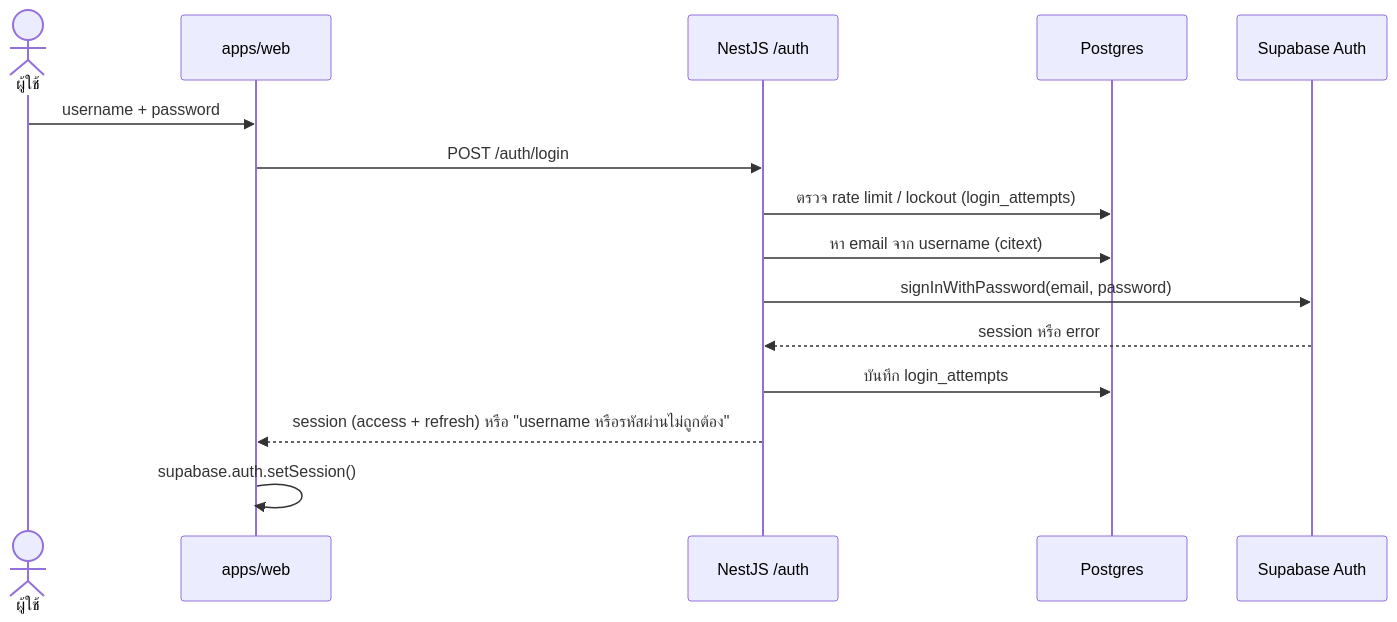
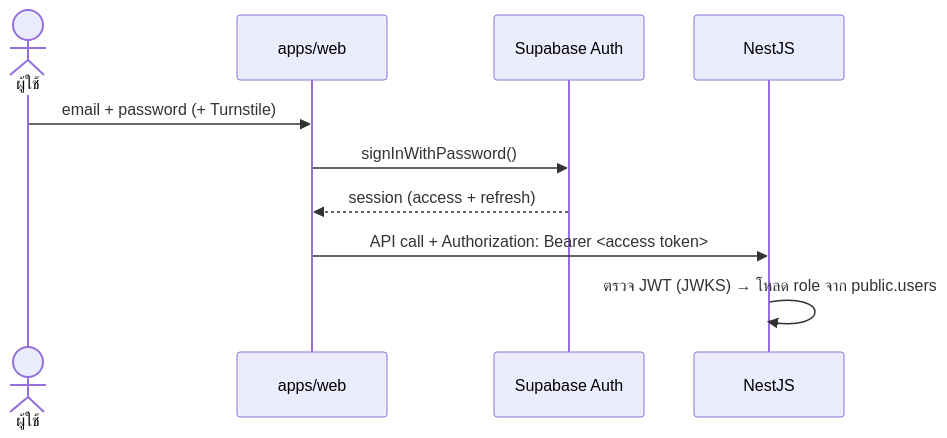
The sixth of 6 diagrams in docs/ARCHITECTURE.md (NightList/NightList), drawn with Mermaid before and after one commit. The commit also changed other lines of this file and 4 other files, not shown here.

First line of the commit message:
docs(auth): switch login to Supabase email + password (v2.8)

````diff
--- a/docs/ARCHITECTURE.md
+++ b/docs/ARCHITECTURE.md
@@ -213,17 +213,12 @@
 ```mermaid
 sequenceDiagram
   actor U as ผู้ใช้
   participant W as apps/web
-  participant A as NestJS /auth
-  participant D as Postgres
   participant SA as Supabase Auth
-  U->>W: username + password
-  W->>A: POST /auth/login
-  A->>D: ตรวจ rate limit / lockout (login_attempts)
-  A->>D: หา email จาก username (citext)
-  A->>SA: signInWithPassword(email, password)
-  SA-->>A: session หรือ error
-  A->>D: บันทึก login_attempts
-  A-->>W: session (access + refresh) หรือ "username หรือรหัสผ่านไม่ถูกต้อง"
-  W->>W: supabase.auth.setSession()
+  participant A as NestJS
+  U->>W: email + password (+ Turnstile)
+  W->>SA: signInWithPassword()
+  SA-->>W: session (access + refresh)
+  W->>A: API call + Authorization: Bearer <access token>
+  A->>A: ตรวจ JWT (JWKS) → โหลด role จาก public.users
 ```
````
